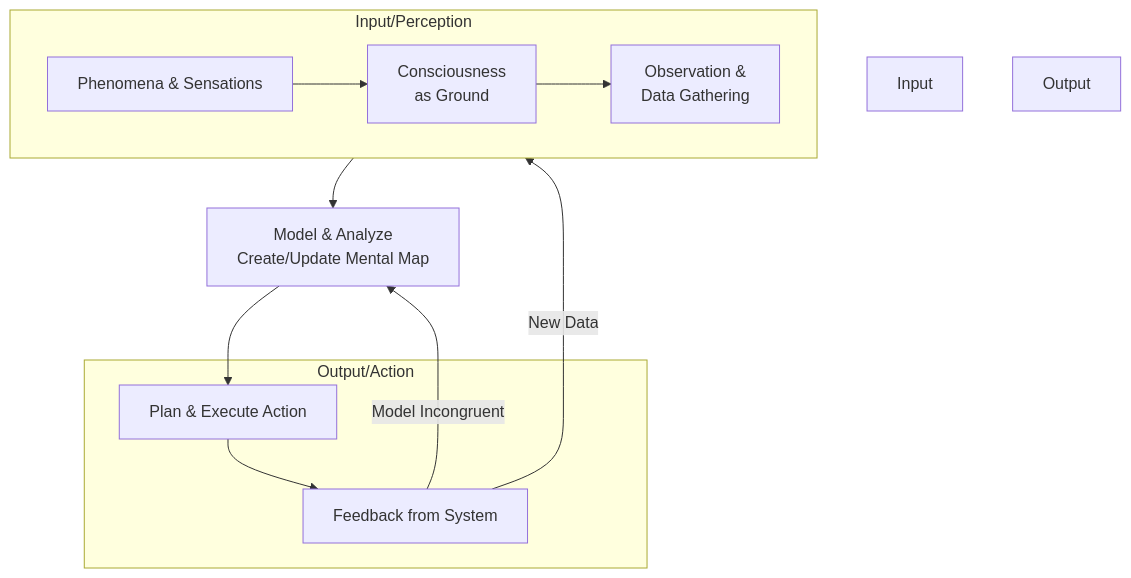
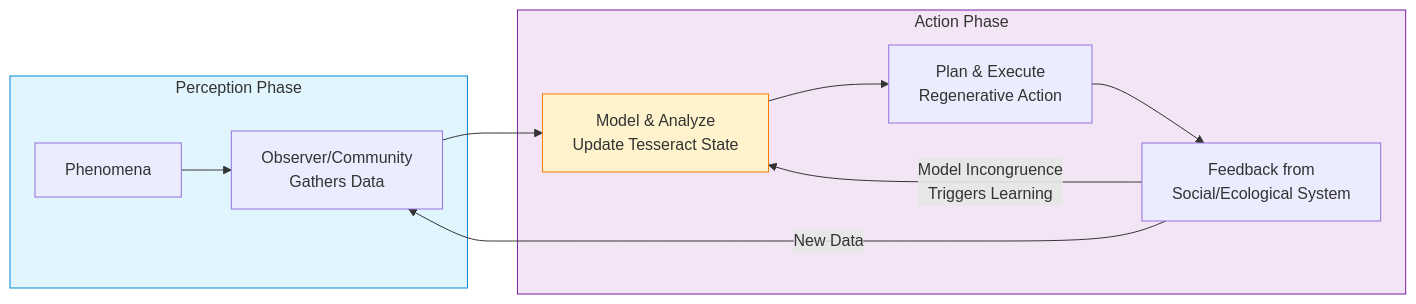
One commit to ravaioli/solarpunk-mandala changed the second of 4 diagrams in framework/core-model/00-meta-framework-systems-cybernetics.md. Above: the diagram before and after it, drawn with Mermaid. The commit also changed other lines of this file, not shown here.

````diff
--- a/framework/core-model/00-meta-framework-systems-cybernetics.md
+++ b/framework/core-model/00-meta-framework-systems-cybernetics.md
@@ -37,21 +108,20 @@
 ```mermaid
-flowchart TD
-    subgraph Input Phase [Input/Perception]
-        direction LR
-        P[Phenomena & Sensations] --> C[Consciousness<br>as Ground]
-        C --> O[Observation &<br>Data Gathering]
+graph LR
+    subgraph Input["Perception Phase"]
+        P[Phenomena] --> O[Observer/Community<br>Gathers Data]
     end
 
-    O --> M[Model & Analyze<br>Create/Update Mental Map]
+    O --> M[Model & Analyze<br>Update Tesseract State]
 
-    subgraph Output Phase [Output/Action]
-        A[Plan & Execute Action] --> F[Feedback from System]
+    subgraph Output["Action Phase"]
+        M --> A[Plan & Execute<br>Regenerative Action]
+        A --> F[Feedback from<br>Social/Ecological System]
     end
 
-    M --> A
     F -->|New Data| O
-    F -->|Model Incongruent| M
+    F -->|Model Incongruence<br>Triggers Learning| M
 
-    style Input Phase fill:#e1f5fe
-    style Output Phase fill:#f3e5f5
+    style Input fill:#e1f5fe,stroke:#0288d1
+    style Output fill:#f3e5f5,stroke:#7b1fa2
+    style M fill:#fff3cd,stroke:#f57c00
 ```
````
